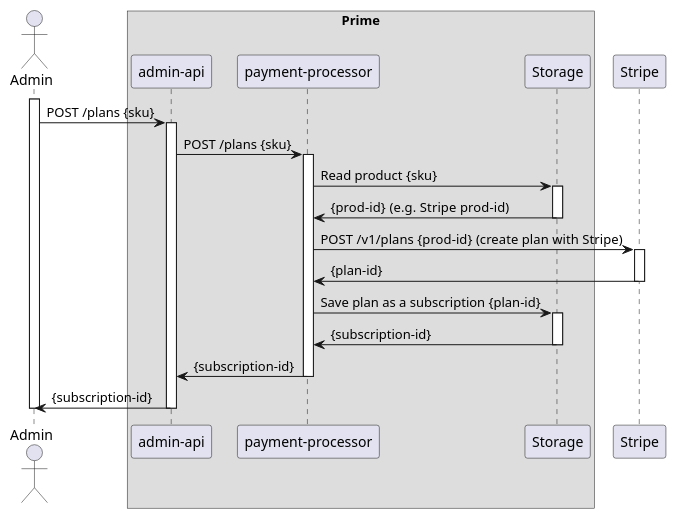
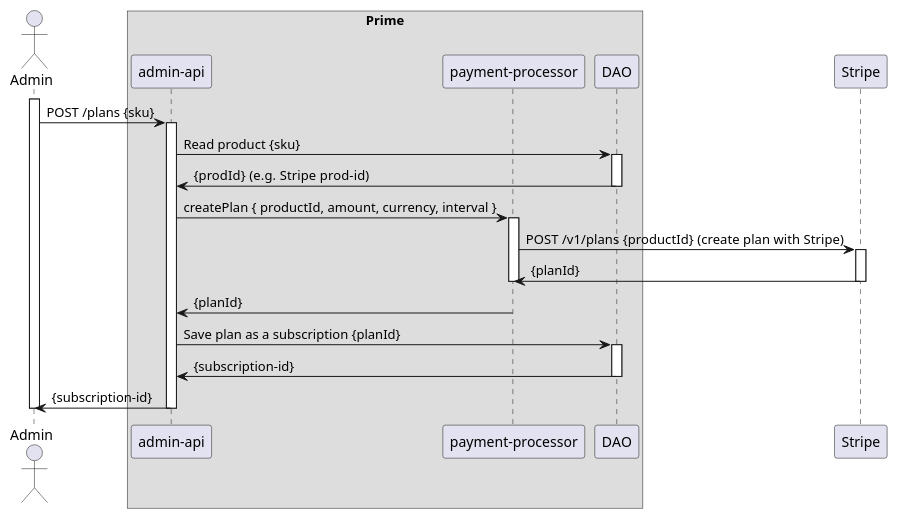
The diagram in payment-processor/doc/puml/create-plan.puml (ostelco/ostelco-core), drawn with PlantUML before and after one commit. The commit also changed 2 other files, not shown here.

Commit message:
Added createPlan for PaymentProcessor

```diff
--- a/payment-processor/doc/puml/create-plan.puml
+++ b/payment-processor/doc/puml/create-plan.puml
@@ -1,40 +1,40 @@
 @startuml
 
 actor Admin
 participant Admin
 
 box "Prime"
     participant "admin-api"
     participant "payment-processor"
-    participant Storage
+    participant DAO
 end box
 participant Stripe
 
 activate Admin
     "Admin" -> "admin-api" : POST /plans {sku}
     activate "admin-api"
-    "admin-api" -> "payment-processor" : POST /plans {sku}
+    "admin-api" -> "DAO" : Read product {sku}
+    activate "DAO"
+    "DAO" -> "admin-api" : {prodId}  (e.g. Stripe prod-id)
+    deactivate "DAO"
 
+    "admin-api" -> "payment-processor" : createPlan { productId, amount, currency, interval }
     activate "payment-processor"
-    "payment-processor" -> "Storage" : Read product {sku}
-    activate "Storage"
-    "Storage" -> "payment-processor" : {prod-id}  (e.g. Stripe prod-id)
-    deactivate "Storage"
+    "payment-processor" -> "Stripe" : POST /v1/plans {productId}  (create plan with Stripe)
+    activate "Stripe"
+    "Stripe" -> "payment-processor" : {planId}
+    deactivate "Stripe"
+    deactivate "payment-processor"
+    "payment-processor" -> "admin-api" : {planId}
 
-    "payment-processor" -> "Stripe" : POST /v1/plans {prod-id}  (create plan with Stripe)
-    activate "Stripe"
-    "Stripe" -> "payment-processor" : {plan-id}
-    deactivate "Stripe"
 
-    "payment-processor" -> "Storage" : Save plan as a subscription {plan-id}
-    activate "Storage"
-    "Storage" -> "payment-processor" : {subscription-id}
-    deactivate "Storage"
+    "admin-api" -> "DAO" : Save plan as a subscription {planId}
+    activate "DAO"
+    "DAO" -> "admin-api" : {subscription-id}
+    deactivate "DAO"
 
-    "payment-processor" -> "admin-api" : {subscription-id}
-    deactivate "payment-processor"
     "admin-api" -> "Admin" : {subscription-id}
     deactivate "admin-api"
 deactivate Admin
 
 @enduml
```
